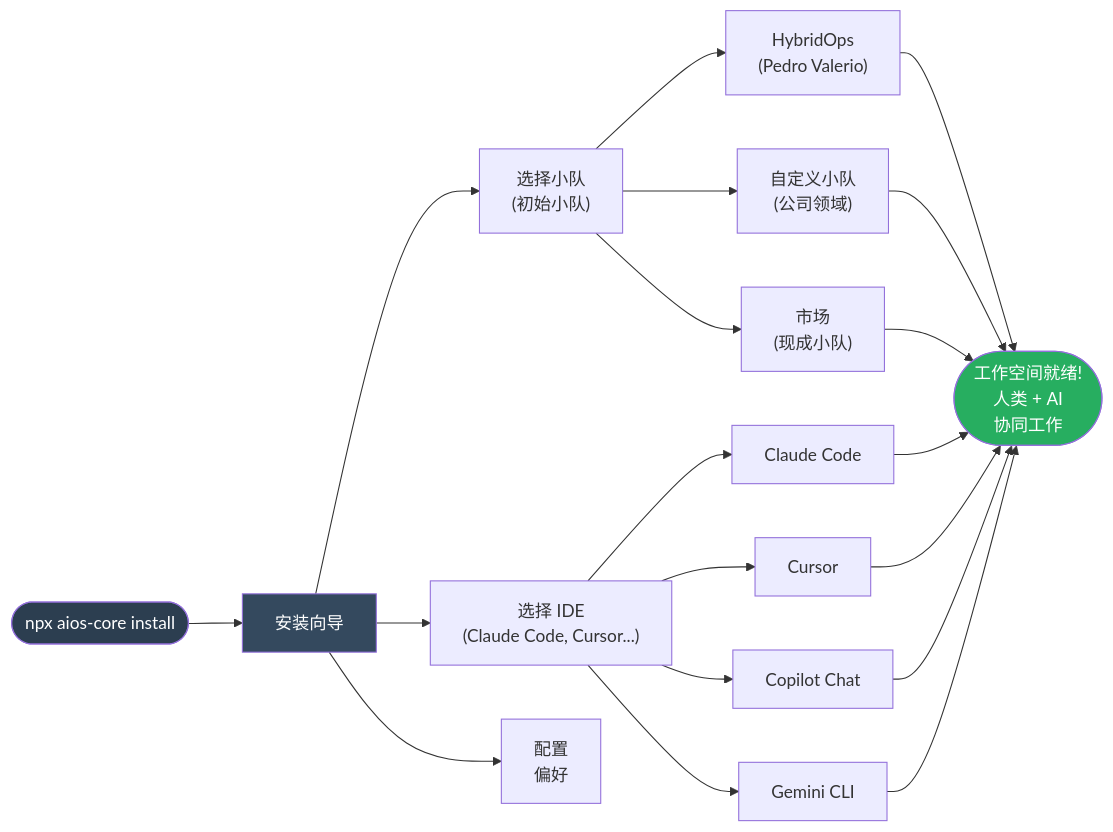
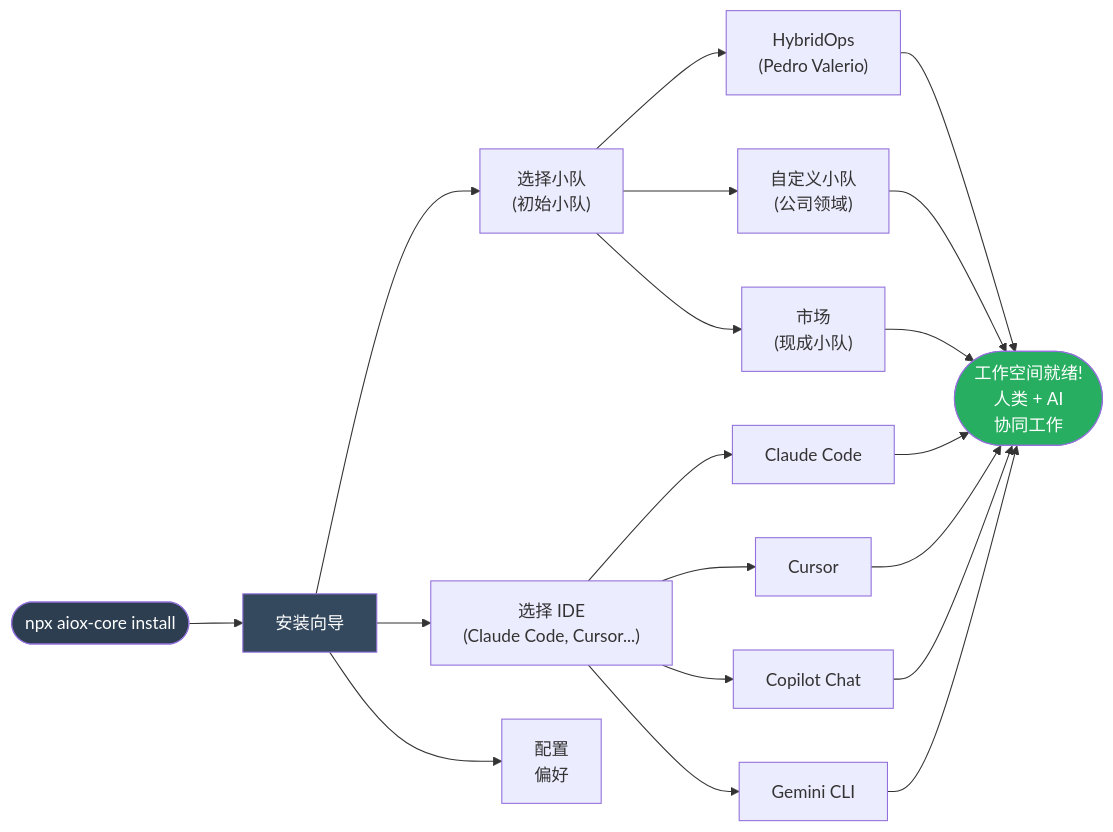
One commit to henriquetj159/henriquetj changed the ninth of 12 diagrams in docs/zh/architecture/AIOX-VISUAL-OVERVIEW.md. Above: the diagram before and after it, drawn with Mermaid. The commit also changed other lines of this file and 2056 other files, not shown here.

First line of the commit message:
chore: update aios→aiox references in file contents

````diff
--- a/docs/zh/architecture/AIOX-VISUAL-OVERVIEW.md
+++ b/docs/zh/architecture/AIOX-VISUAL-OVERVIEW.md
@@ -389,29 +389,29 @@
 ```mermaid
 flowchart LR
-    INSTALL(["npx aios-core install"]) --> WIZARD["安装向导"]
+    INSTALL(["npx aiox-core install"]) --> WIZARD["安装向导"]
 
     WIZARD --> CHOOSE_SQUADS["选择小队<br/>(初始小队)"]
     WIZARD --> CHOOSE_IDE["选择 IDE<br/>(Claude Code, Cursor...)"]
     WIZARD --> CHOOSE_CONFIG["配置<br/>偏好"]
 
     CHOOSE_SQUADS --> SQ_OPS["HybridOps<br/>(Pedro Valerio)"]
     CHOOSE_SQUADS --> SQ_CUSTOM["自定义小队<br/>(公司领域)"]
     CHOOSE_SQUADS --> SQ_MARKET["市场<br/>(现成小队)"]
 
     CHOOSE_IDE --> IDE1["Claude Code"]
     CHOOSE_IDE --> IDE2["Cursor"]
     CHOOSE_IDE --> IDE3["Copilot Chat"]
     CHOOSE_IDE --> IDE4["Gemini CLI"]
 
     SQ_OPS --> READY(["工作空间就绪!<br/>人类 + AI<br/>协同工作"])
     SQ_CUSTOM --> READY
     SQ_MARKET --> READY
     IDE1 --> READY
     IDE2 --> READY
     IDE3 --> READY
     IDE4 --> READY
 
     style INSTALL fill:#2c3e50,color:#fff
     style READY fill:#27ae60,color:#fff
     style WIZARD fill:#34495e,color:#fff
 ```
````
